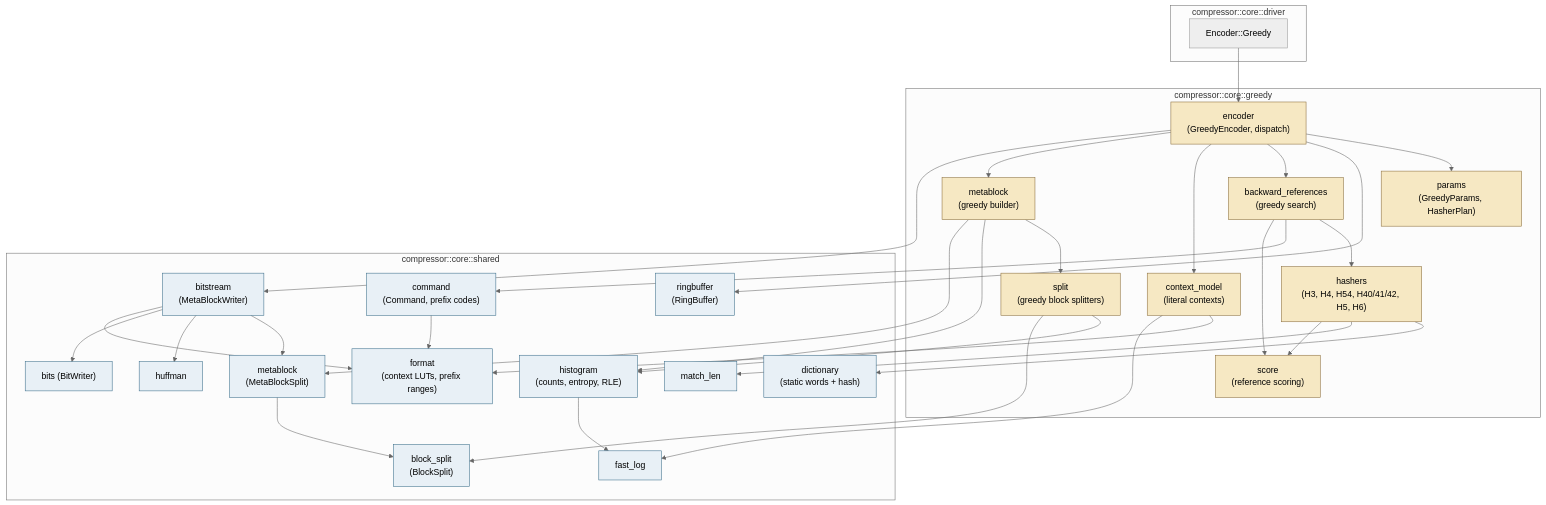
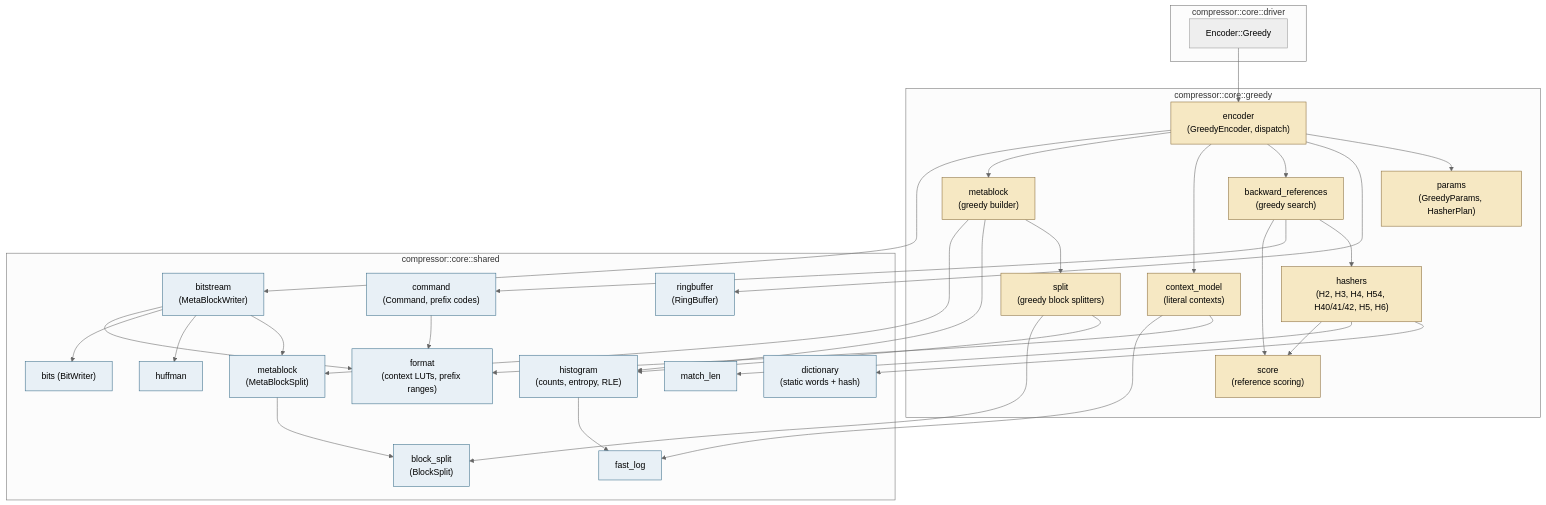
Before and after one commit to Mnwa/mbrotli: the first of 9 diagrams in architecture/greedy-encoder.md, drawn with Mermaid (neutral theme). The commit also changed other lines of this file and 59 other files, not shown here.

````diff
--- a/architecture/greedy-encoder.md
+++ b/architecture/greedy-encoder.md
@@ -27,65 +27,65 @@
 ```mermaid
 graph TD
     subgraph public["compressor::core::driver"]
         drv["Encoder::Greedy"]
     end
 
     subgraph greedy["compressor::core::greedy"]
         enc["encoder<br/>(GreedyEncoder, dispatch)"]
         params["params<br/>(GreedyParams, HasherPlan)"]
-        hash["hashers<br/>(H3, H4, H54, H40/41/42, H5, H6)"]
+        hash["hashers<br/>(H2, H3, H4, H54, H40/41/42, H5, H6)"]
         refs["backward_references<br/>(greedy search)"]
         score["score<br/>(reference scoring)"]
         ctx["context_model<br/>(literal contexts)"]
         mb["metablock<br/>(greedy builder)"]
         split["split<br/>(greedy block splitters)"]
     end
 
     subgraph shared["compressor::core::shared"]
         rb["ringbuffer<br/>(RingBuffer)"]
         dict["dictionary<br/>(static words + hash)"]
         cmd["command<br/>(Command, prefix codes)"]
         histo["histogram<br/>(counts, entropy, RLE)"]
         mbs["metablock<br/>(MetaBlockSplit)"]
         bsplit["block_split<br/>(BlockSplit)"]
         bs["bitstream<br/>(MetaBlockWriter)"]
         tables["format<br/>(context LUTs, prefix ranges)"]
         bits["bits (BitWriter)"]
         huff["huffman"]
         ml["match_len"]
         log["fast_log"]
     end
 
     drv --> enc
     enc --> params
     enc --> rb
     enc --> refs
     enc --> ctx
     enc --> mb
     enc --> bs
     refs --> hash
     refs --> cmd
     refs --> score
     hash --> dict
     hash --> ml
     hash --> score
     mb --> split
     mb --> histo
     mb --> mbs
     split --> histo
     split --> bsplit
     mbs --> bsplit
     bs --> mbs
     bs --> huff
     bs --> bits
     bs --> tables
     ctx --> tables
     ctx --> log
     histo --> log
     cmd --> tables
 
     classDef greedyNode fill:#f6e8c3,stroke:#8a6d3b;
     class enc,params,hash,refs,score,ctx,mb,split greedyNode;
     classDef sharedNode fill:#e8f0f6,stroke:#3a6d8a;
     class rb,dict,cmd,histo,mbs,bsplit,bs,tables,bits,huff,ml,log sharedNode;
 ```
````
